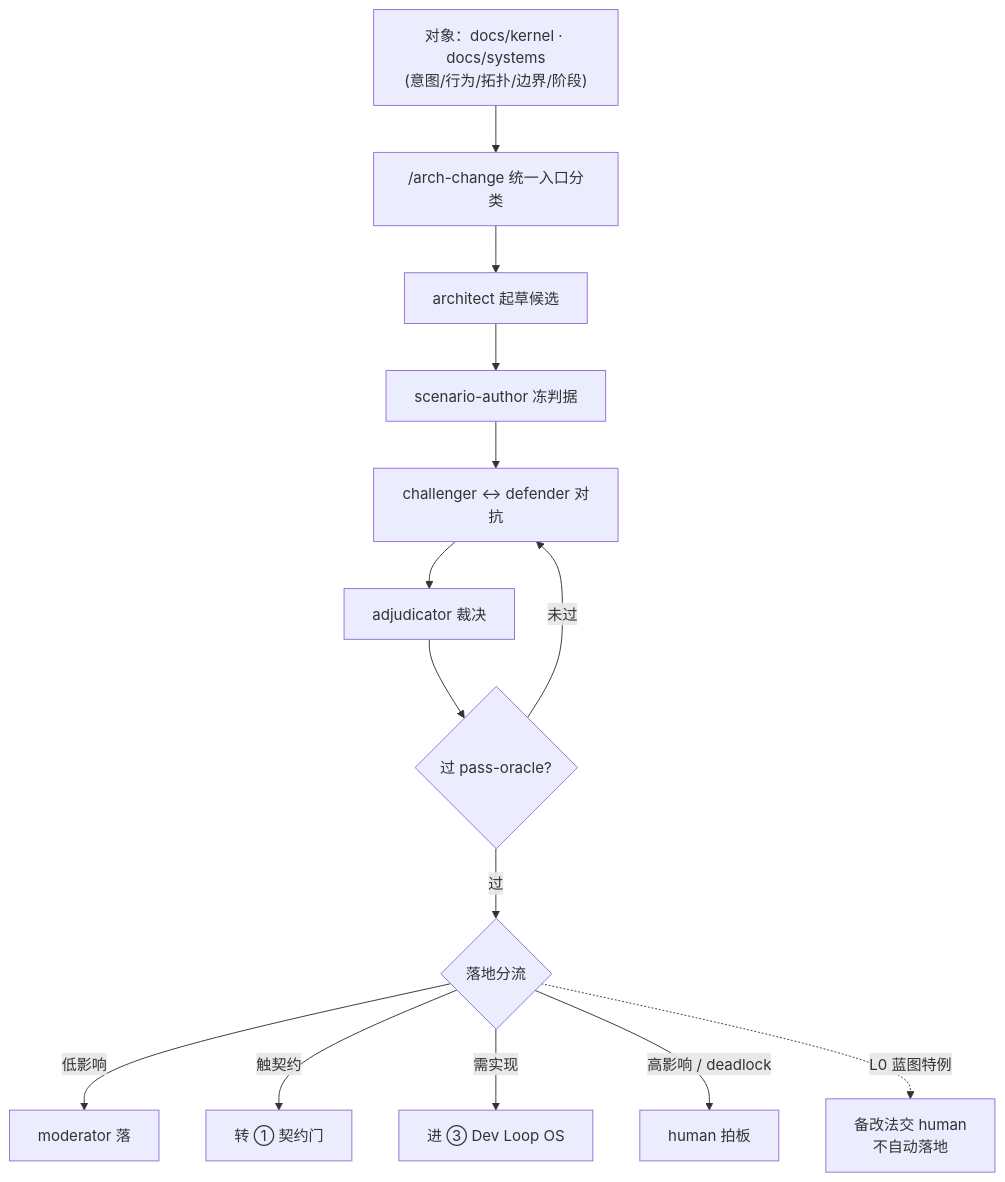
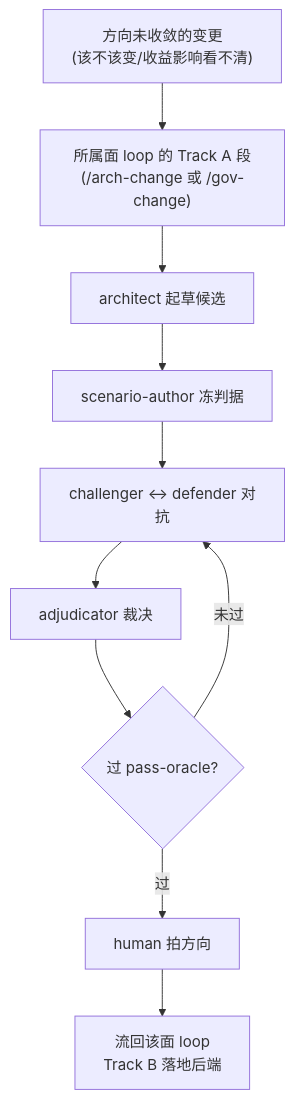
Before and after one commit to fandanpeng/KidPal: the second of 5 diagrams in docs/DEV-GOVERNANCE.md, drawn with Mermaid. The commit also changed other lines of this file and 46 other files, not shown here.

First line of the commit message:
landing(261015-gov-review-face-loop-unify): 四面 loop 元结构落地——/arch-change repurposing + /gov-change 新建 + 契约去人签门改机械凭据闸 + cast 统一

````diff
--- a/docs/DEV-GOVERNANCE.md
+++ b/docs/DEV-GOVERNANCE.md
@@ -99,16 +94,12 @@
 ```mermaid
 flowchart TD
-    T["对象：docs/kernel · docs/systems<br/>(意图/行为/拓扑/边界/阶段)"] --> IN["/arch-change 统一入口分类"]
+    T["方向未收敛的变更<br/>(该不该变/收益影响看不清)"] --> IN["所属面 loop 的 Track A 段<br/>(/arch-change 或 /gov-change)"]
     IN --> DRAFT["architect 起草候选"]
     DRAFT --> SA["scenario-author 冻判据"]
     SA --> CD["challenger ↔ defender 对抗"]
     CD --> ADJ["adjudicator 裁决"]
     ADJ --> ORACLE{"过 pass-oracle?"}
     ORACLE -->|"未过"| CD
-    ORACLE -->|"过"| ROUTE{"落地分流"}
-    ROUTE -->|"低影响"| MOD["moderator 落"]
-    ROUTE -->|"触契约"| CGATE["转 ① 契约门"]
-    ROUTE -->|"需实现"| DLOOP["进 ③ Dev Loop OS"]
-    ROUTE -->|"高影响 / deadlock"| HUMAN["human 拍板"]
-    ROUTE -.->|"L0 蓝图特例"| L0["备改法交 human<br/>不自动落地"]
+    ORACLE -->|"过"| HUMAN["human 拍方向"]
+    HUMAN --> BACK["流回该面 loop<br/>Track B 落地后端"]
 ```
````
